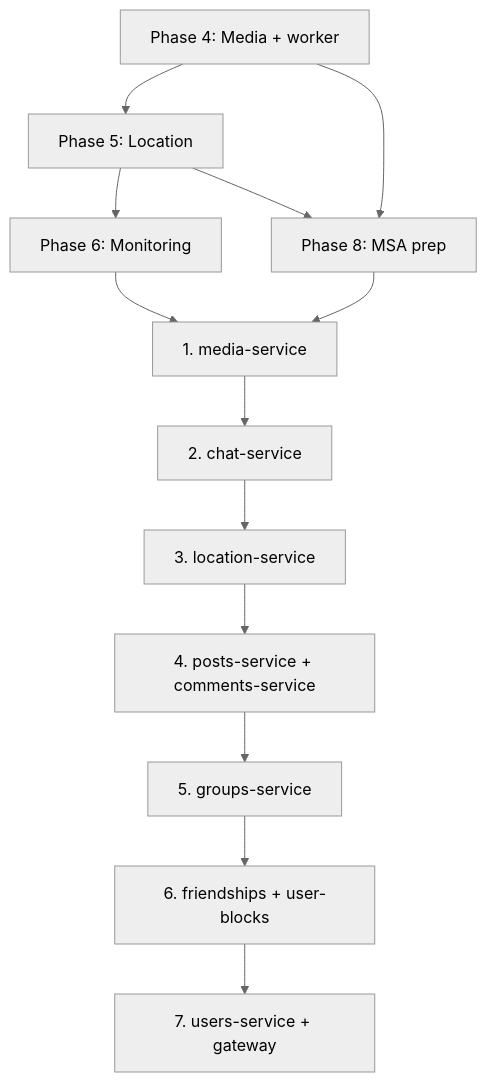
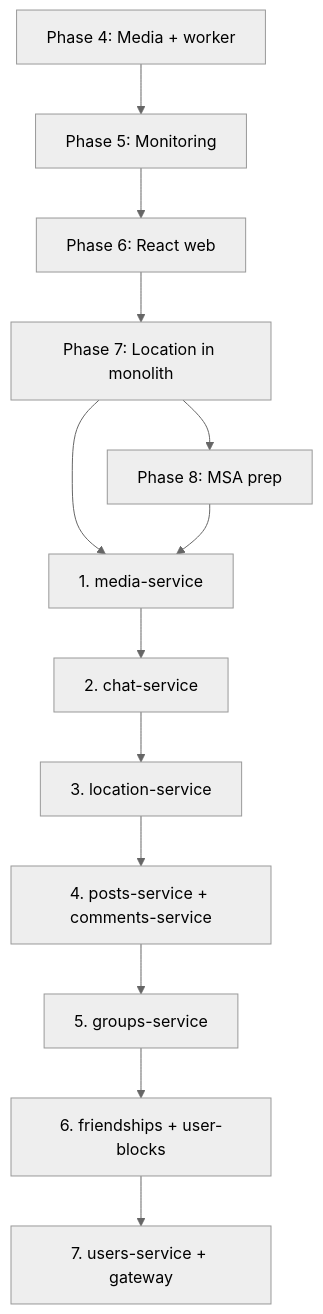
The diagram in docs/MSA_MIGRATION.md (Atsilut/Tangle-study), drawn with Mermaid (neutral theme) before and after one commit. The commit also changed other lines of this file and 4 other files, not shown here.

First line of the commit message:
docs: renumber roadmap phases for deploy-and-run before MSA

````diff
--- a/docs/MSA_MIGRATION.md
+++ b/docs/MSA_MIGRATION.md
@@ -27,21 +30,21 @@
 ```mermaid
 flowchart TD
   P4["Phase 4: Media + worker"]
-  P5["Phase 5: Location"]
-  P6["Phase 6: Monitoring"]
+  P5["Phase 5: Monitoring"]
+  P6["Phase 6: React web"]
+  P7["Phase 7: Location in monolith"]
   P8["Phase 8: MSA prep"]
   M1["1. media-service"]
   M2["2. chat-service"]
   M3["3. location-service"]
   M4["4. posts-service + comments-service"]
   M5["5. groups-service"]
   M6["6. friendships + user-blocks"]
   M7["7. users-service + gateway"]
 
-  P4 --> P5 --> P6
-  P4 --> P8
-  P5 --> P8
-  P6 --> M1
+  P4 --> P5 --> P6 --> P7
+  P7 --> P8
+  P7 --> M1
   P8 --> M1
   M1 --> M2 --> M3 --> M4 --> M5 --> M6 --> M7
 ```
````
